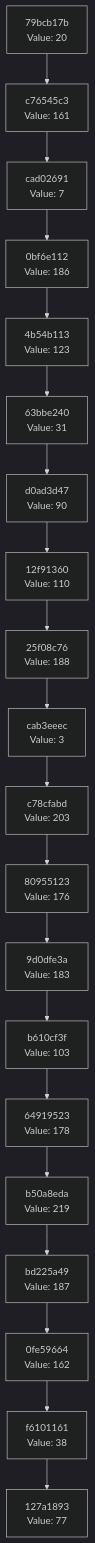
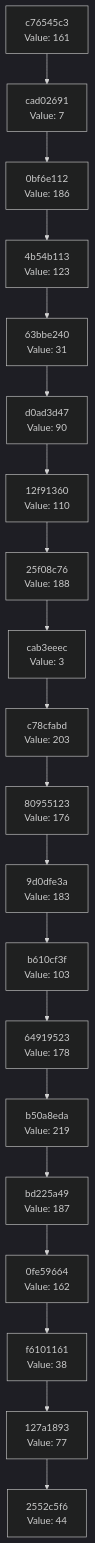
One commit to Abhisheksinha1506/hash-chain-evolver changed the diagram in docs/CHAIN_VISUALIZATION.md. Above: the diagram before and after it, drawn with Mermaid (dark theme). The commit also changed 3 other files, not shown here.

````diff
--- a/docs/CHAIN_VISUALIZATION.md
+++ b/docs/CHAIN_VISUALIZATION.md
@@ -3,42 +3,42 @@
 ```mermaid
 graph TD
-    C0["127a1893<br/>Value: 77"]
-    C1["f6101161<br/>Value: 38"]
+    C0["2552c5f6<br/>Value: 44"]
+    C1["127a1893<br/>Value: 77"]
     C1 --> C0
-    C2["0fe59664<br/>Value: 162"]
+    C2["f6101161<br/>Value: 38"]
     C2 --> C1
-    C3["bd225a49<br/>Value: 187"]
+    C3["0fe59664<br/>Value: 162"]
     C3 --> C2
-    C4["b50a8eda<br/>Value: 219"]
+    C4["bd225a49<br/>Value: 187"]
     C4 --> C3
-    C5["64919523<br/>Value: 178"]
+    C5["b50a8eda<br/>Value: 219"]
     C5 --> C4
-    C6["b610cf3f<br/>Value: 103"]
+    C6["64919523<br/>Value: 178"]
     C6 --> C5
-    C7["9d0dfe3a<br/>Value: 183"]
+    C7["b610cf3f<br/>Value: 103"]
     C7 --> C6
-    C8["80955123<br/>Value: 176"]
+    C8["9d0dfe3a<br/>Value: 183"]
     C8 --> C7
-    C9["c78cfabd<br/>Value: 203"]
+    C9["80955123<br/>Value: 176"]
     C9 --> C8
-    C10["cab3eeec<br/>Value: 3"]
+    C10["c78cfabd<br/>Value: 203"]
     C10 --> C9
-    C11["25f08c76<br/>Value: 188"]
+    C11["cab3eeec<br/>Value: 3"]
     C11 --> C10
-    C12["12f91360<br/>Value: 110"]
+    C12["25f08c76<br/>Value: 188"]
     C12 --> C11
-    C13["d0ad3d47<br/>Value: 90"]
+    C13["12f91360<br/>Value: 110"]
     C13 --> C12
-    C14["63bbe240<br/>Value: 31"]
+    C14["d0ad3d47<br/>Value: 90"]
     C14 --> C13
-    C15["4b54b113<br/>Value: 123"]
+    C15["63bbe240<br/>Value: 31"]
     C15 --> C14
-    C16["0bf6e112<br/>Value: 186"]
+    C16["4b54b113<br/>Value: 123"]
     C16 --> C15
-    C17["cad02691<br/>Value: 7"]
+    C17["0bf6e112<br/>Value: 186"]
     C17 --> C16
-    C18["c76545c3<br/>Value: 161"]
+    C18["cad02691<br/>Value: 7"]
     C18 --> C17
-    C19["79bcb17b<br/>Value: 20"]
+    C19["c76545c3<br/>Value: 161"]
     C19 --> C18
 ```
````
